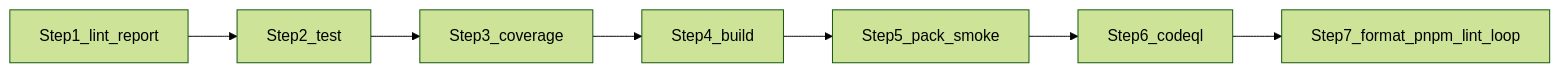
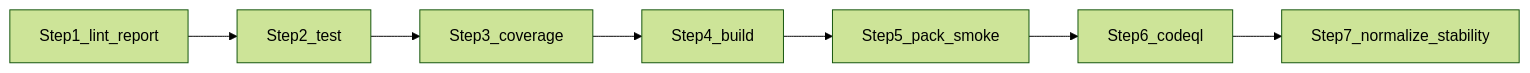
The second of 3 diagrams in .claude/agents/verifier.md (yu-iskw/dbt-artifacts-parser-ts), drawn with Mermaid (forest theme) before and after one commit. The commit also changed other lines of this file and 4 other files, not shown here.

````diff
--- a/.claude/agents/verifier.md
+++ b/.claude/agents/verifier.md
@@ -59,12 +59,12 @@
 ```mermaid
 flowchart LR
   S1[Step1_lint_report]
   S2[Step2_test]
   S3[Step3_coverage]
   S4[Step4_build]
   S5[Step5_pack_smoke]
   S6[Step6_codeql]
-  S7[Step7_format_pnpm_lint_loop]
+  S7[Step7_normalize_stability]
 
   S1 --> S2 --> S3 --> S4 --> S5 --> S6 --> S7
 ```
````
